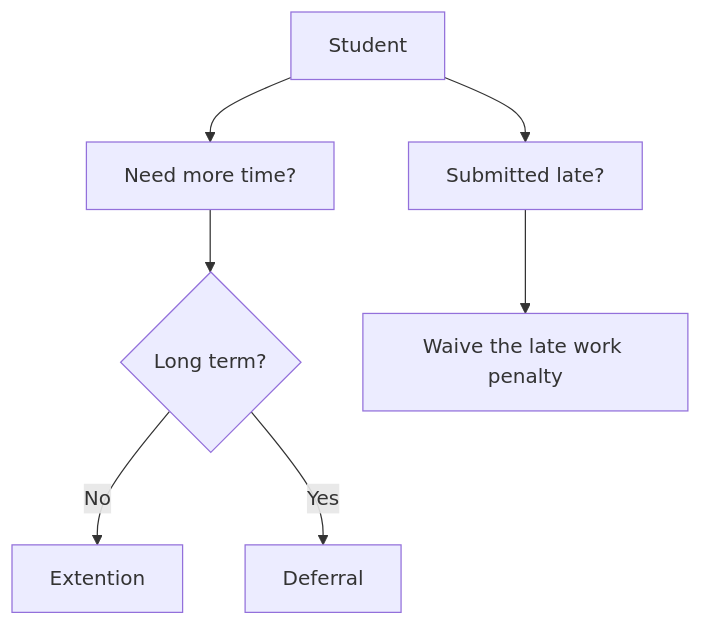
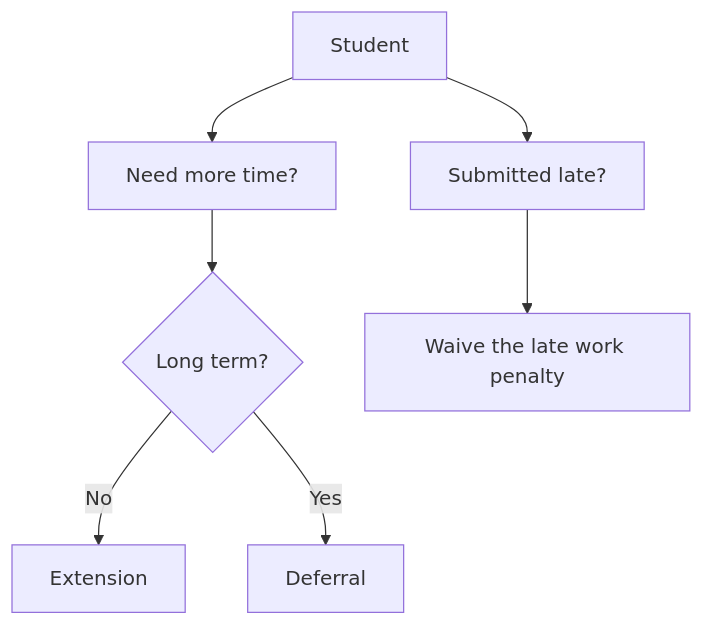
The first of 3 diagrams in MC-Research.md (IainSimpsonCode/UCLanSU), drawn with Mermaid before and after one commit. The commit also changed other lines of this file, not shown here.

````diff
--- a/MC-Research.md
+++ b/MC-Research.md
@@ -47,9 +47,9 @@
 ```mermaid
 flowchart TD
     A[Student] --> B[Need more time?];
     A --> C[Submitted late?];
     B --> D{Long term?};
-    D -- No --> E[Extention];
+    D -- No --> E[Extension];
     D -- Yes --> F[Deferral];
     C --> G[Waive the late work penalty];    
 ```
````
